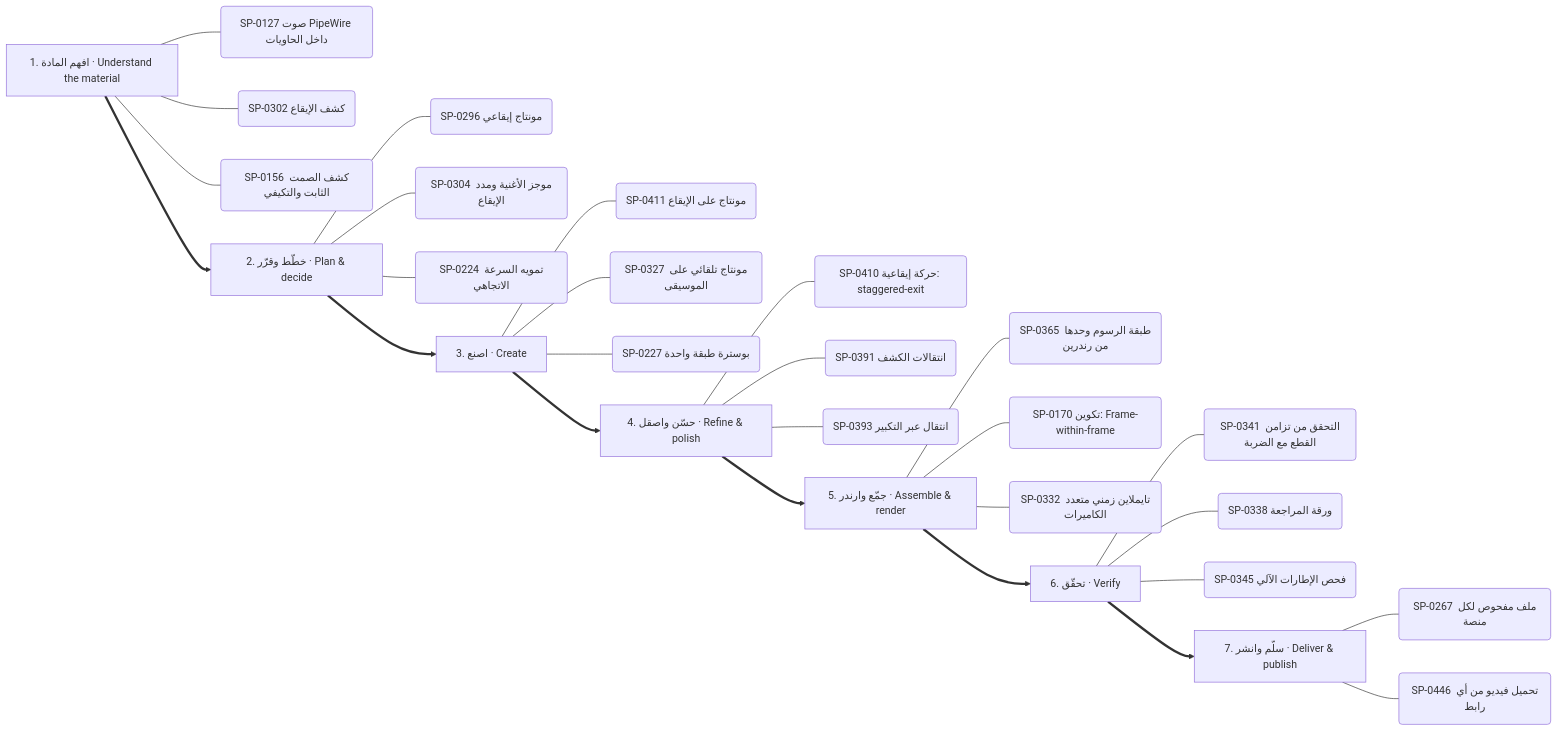
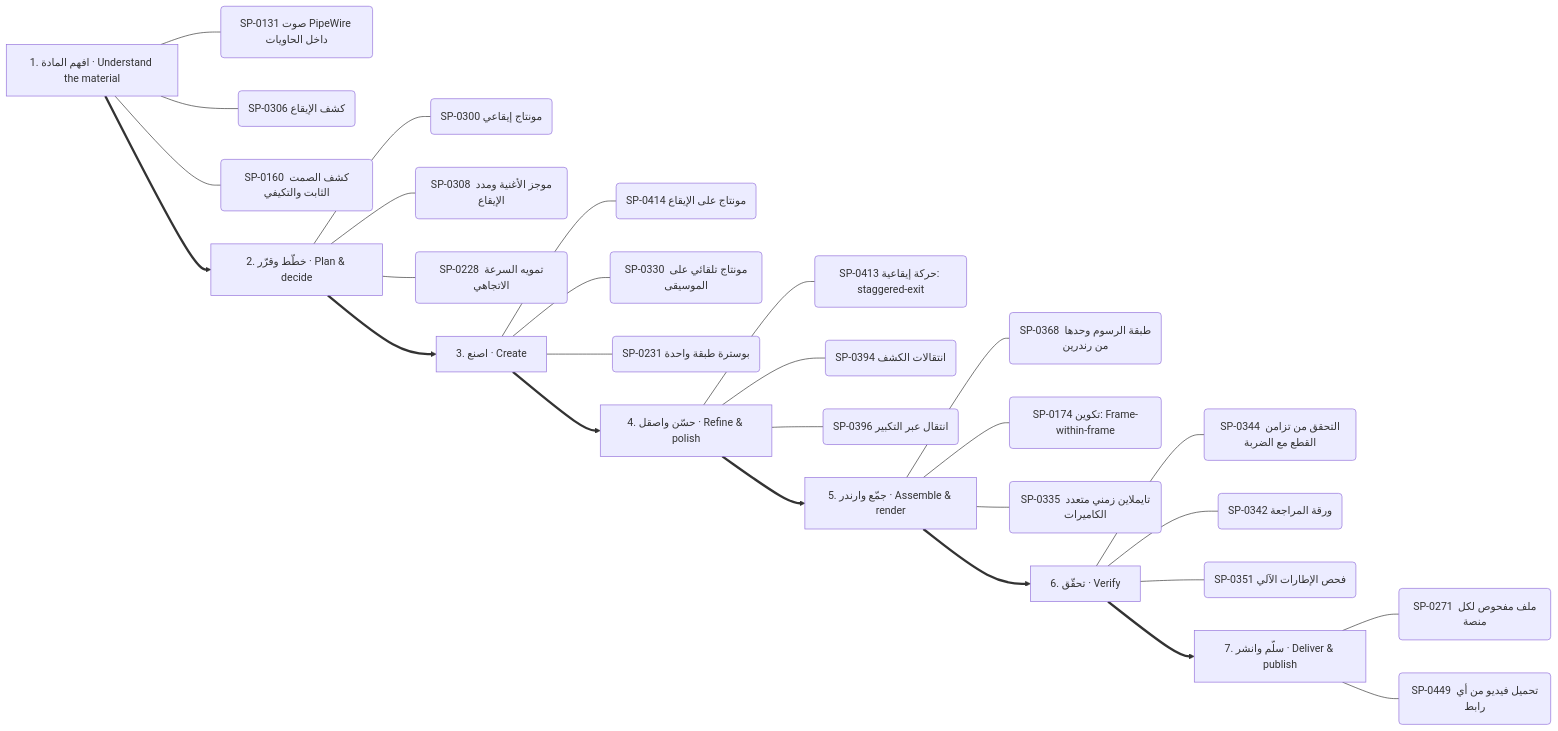
One commit to kosif199022-jpg/kosif-tool changed the third of 13 diagrams in .claude/skills/kosif-superpowers/references/capability-mindmap.md. Above: the diagram before and after it, drawn with Mermaid. The commit also changed other lines of this file and 61 other files, not shown here.

````diff
--- a/.claude/skills/kosif-superpowers/references/capability-mindmap.md
+++ b/.claude/skills/kosif-superpowers/references/capability-mindmap.md
@@ -176,36 +177,36 @@
 ```mermaid
 flowchart LR
   S0["1. افهم المادة · Understand the material"]
-  S0 --- S0_0("SP-0127 صوت PipeWire داخل الحاويات")
-  S0 --- S0_1("SP-0302 كشف الإيقاع")
-  S0 --- S0_2("SP-0156 كشف الصمت الثابت والتكيفي")
+  S0 --- S0_0("SP-0131 صوت PipeWire داخل الحاويات")
+  S0 --- S0_1("SP-0306 كشف الإيقاع")
+  S0 --- S0_2("SP-0160 كشف الصمت الثابت والتكيفي")
   S1["2. خطّط وقرّر · Plan & decide"]
-  S1 --- S1_0("SP-0296 مونتاج إيقاعي")
-  S1 --- S1_1("SP-0304 موجز الأغنية ومدد الإيقاع")
-  S1 --- S1_2("SP-0224 تمويه السرعة الاتجاهي")
+  S1 --- S1_0("SP-0300 مونتاج إيقاعي")
+  S1 --- S1_1("SP-0308 موجز الأغنية ومدد الإيقاع")
+  S1 --- S1_2("SP-0228 تمويه السرعة الاتجاهي")
   S0 ==> S1
   S2["3. اصنع · Create"]
-  S2 --- S2_0("SP-0411 مونتاج على الإيقاع")
-  S2 --- S2_1("SP-0327 مونتاج تلقائي على الموسيقى")
-  S2 --- S2_2("SP-0227 بوسترة طبقة واحدة")
+  S2 --- S2_0("SP-0414 مونتاج على الإيقاع")
+  S2 --- S2_1("SP-0330 مونتاج تلقائي على الموسيقى")
+  S2 --- S2_2("SP-0231 بوسترة طبقة واحدة")
   S1 ==> S2
   S3["4. حسّن واصقل · Refine & polish"]
-  S3 --- S3_0("SP-0410 حركة إيقاعية: staggered-exit")
-  S3 --- S3_1("SP-0391 انتقالات الكشف")
-  S3 --- S3_2("SP-0393 انتقال عبر التكبير")
+  S3 --- S3_0("SP-0413 حركة إيقاعية: staggered-exit")
+  S3 --- S3_1("SP-0394 انتقالات الكشف")
+  S3 --- S3_2("SP-0396 انتقال عبر التكبير")
   S2 ==> S3
   S4["5. جمّع وارندر · Assemble & render"]
-  S4 --- S4_0("SP-0365 طبقة الرسوم وحدها من رندرين")
-  S4 --- S4_1("SP-0170 تكوين: Frame-within-frame")
-  S4 --- S4_2("SP-0332 تايملاين زمني متعدد الكاميرات")
+  S4 --- S4_0("SP-0368 طبقة الرسوم وحدها من رندرين")
+  S4 --- S4_1("SP-0174 تكوين: Frame-within-frame")
+  S4 --- S4_2("SP-0335 تايملاين زمني متعدد الكاميرات")
   S3 ==> S4
   S5["6. تحقّق · Verify"]
-  S5 --- S5_0("SP-0341 التحقق من تزامن القطع مع الضربة")
-  S5 --- S5_1("SP-0338 ورقة المراجعة")
-  S5 --- S5_2("SP-0345 فحص الإطارات الآلي")
+  S5 --- S5_0("SP-0344 التحقق من تزامن القطع مع الضربة")
+  S5 --- S5_1("SP-0342 ورقة المراجعة")
+  S5 --- S5_2("SP-0351 فحص الإطارات الآلي")
   S4 ==> S5
   S6["7. سلّم وانشر · Deliver & publish"]
-  S6 --- S6_0("SP-0267 ملف مفحوص لكل منصة")
-  S6 --- S6_1("SP-0446 تحميل فيديو من أي رابط")
+  S6 --- S6_0("SP-0271 ملف مفحوص لكل منصة")
+  S6 --- S6_1("SP-0449 تحميل فيديو من أي رابط")
   S5 ==> S6
 ```
````
